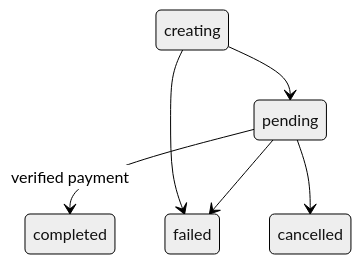
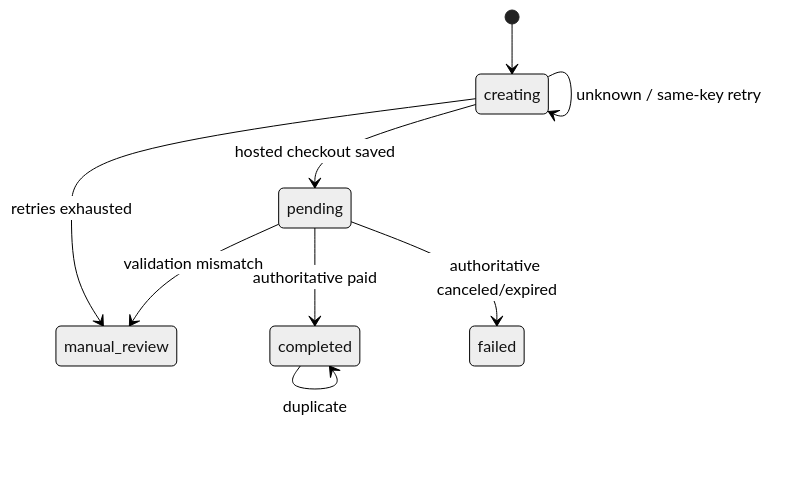
One commit to vladimirutkin2mn-lgtm/Bot_globa changed the first of 3 diagrams in docs/payment-state-machines.md. Above: the diagram before and after it, drawn with Mermaid (neutral theme). The commit also changed other lines of this file and 22 other files, not shown here.

````diff
--- a/docs/payment-state-machines.md
+++ b/docs/payment-state-machines.md
@@ -6,8 +7,11 @@
 ```mermaid
 stateDiagram-v2
-  creating --> pending
-  pending --> completed: verified payment
-  creating --> failed
-  pending --> failed
-  pending --> cancelled
+ [*] --> creating
+ creating --> pending: hosted checkout saved
+ creating --> creating: unknown / same-key retry
+ creating --> manual_review: retries exhausted
+ pending --> completed: authoritative paid
+ pending --> failed: authoritative canceled/expired
+ pending --> manual_review: validation mismatch
+ completed --> completed: duplicate
 ```
````
